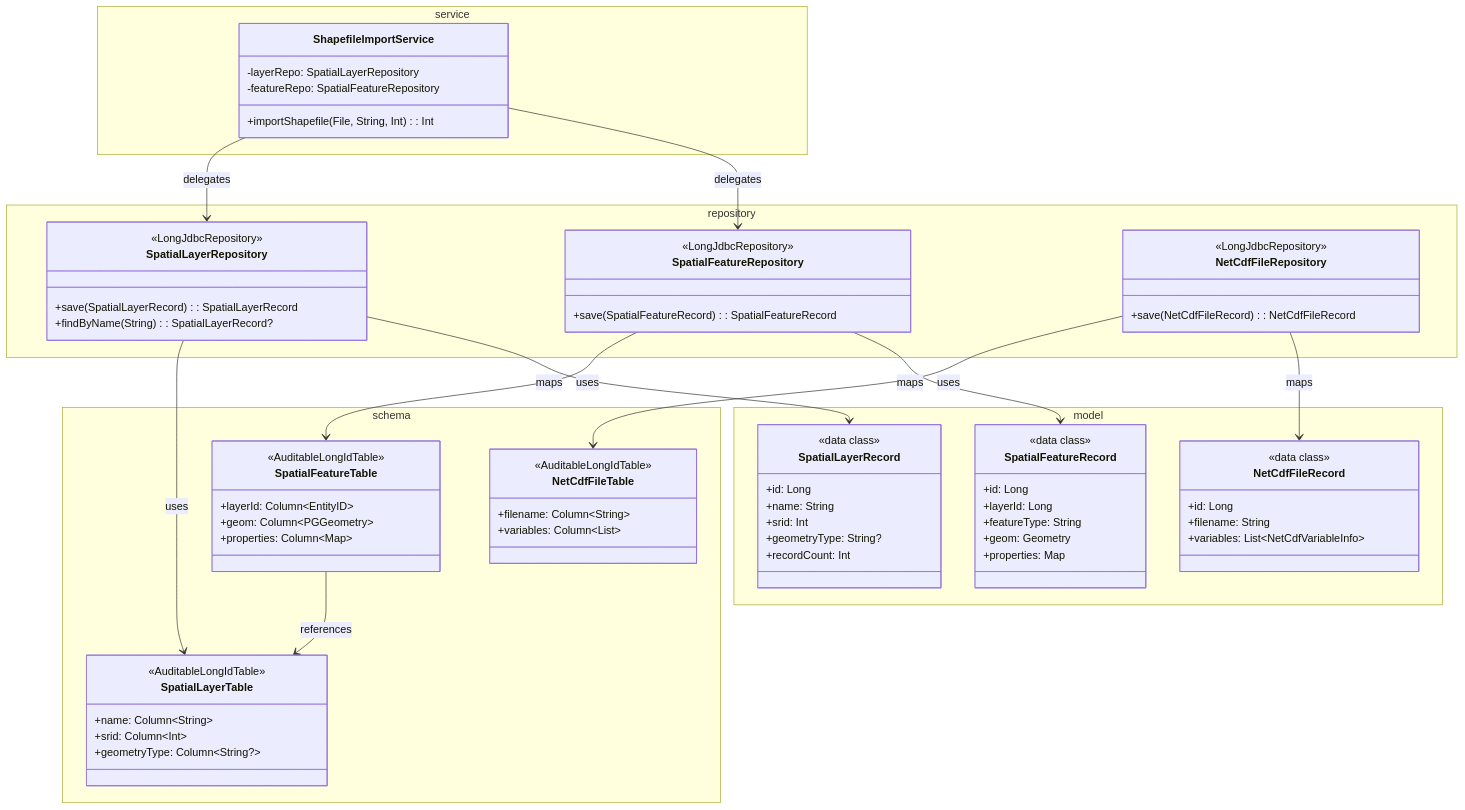
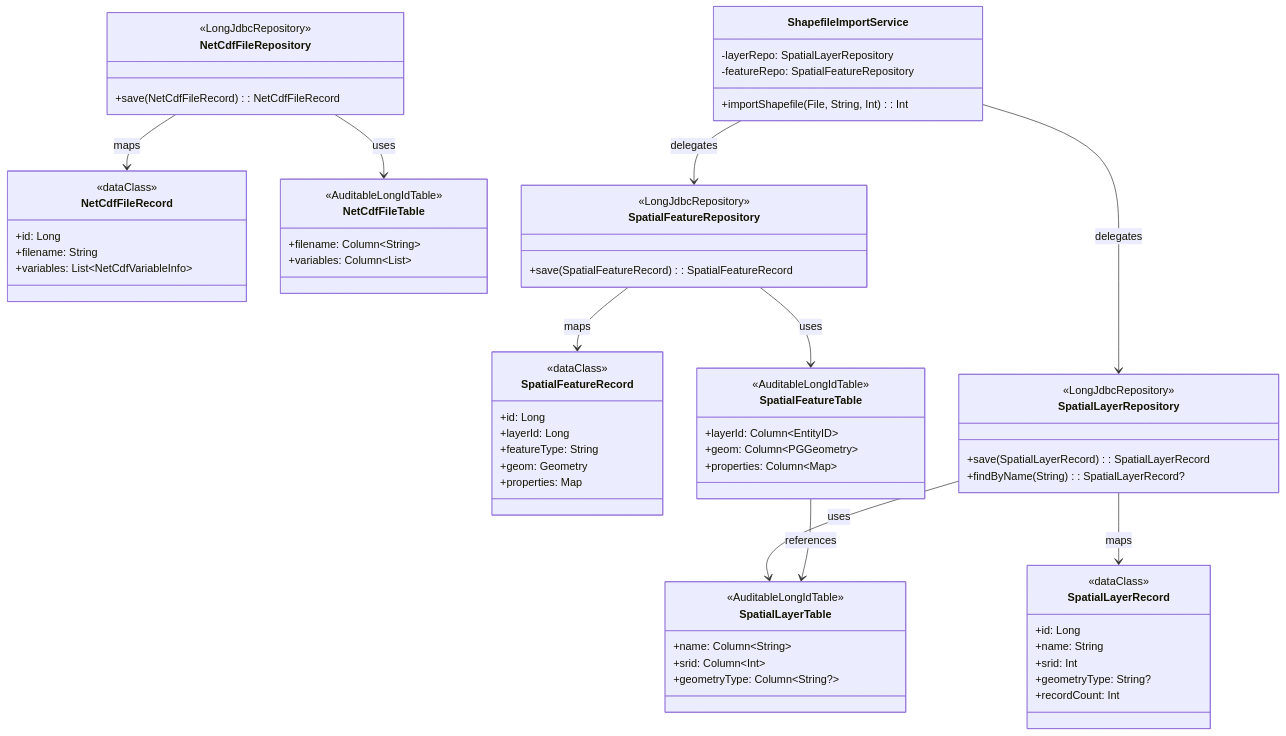
Before and after one commit to bluetape4k/bluetape4k-projects: the first of 4 diagrams in utils/science/README.md, drawn with Mermaid. The commit also changed other lines of this file and 95 other files, not shown here.

First line of the commit message:
docs: Mermaid 파서 오류 전체 수정 (IntelliJ IDEA 호환)

````diff
--- a/utils/science/README.md
+++ b/utils/science/README.md
@@ -83,73 +83,65 @@
 classDiagram
     direction TB
 
-    namespace model {
-        class SpatialLayerRecord {
-            <<data class>>
-            +id: Long
-            +name: String
-            +srid: Int
-            +geometryType: String?
-            +recordCount: Int
-        }
-        class SpatialFeatureRecord {
-            <<data class>>
-            +id: Long
-            +layerId: Long
-            +featureType: String
-            +geom: Geometry
-            +properties: Map
-        }
-        class NetCdfFileRecord {
-            <<data class>>
-            +id: Long
-            +filename: String
-            +variables: List~NetCdfVariableInfo~
-        }
+    class SpatialLayerRecord {
+        <<dataClass>>
+        +id: Long
+        +name: String
+        +srid: Int
+        +geometryType: String?
+        +recordCount: Int
+    }
+    class SpatialFeatureRecord {
+        <<dataClass>>
+        +id: Long
+        +layerId: Long
+        +featureType: String
+        +geom: Geometry
+        +properties: Map
+    }
+    class NetCdfFileRecord {
+        <<dataClass>>
+        +id: Long
+        +filename: String
+        +variables: List~NetCdfVariableInfo~
     }
 
-    namespace schema {
-        class SpatialLayerTable {
-            <<AuditableLongIdTable>>
-            +name: Column~String~
-            +srid: Column~Int~
-            +geometryType: Column~String?~
-        }
-        class SpatialFeatureTable {
-            <<AuditableLongIdTable>>
-            +layerId: Column~EntityID~
-            +geom: Column~PGGeometry~
-            +properties: Column~Map~
-        }
-        class NetCdfFileTable {
-            <<AuditableLongIdTable>>
-            +filename: Column~String~
-            +variables: Column~List~
-        }
+    class SpatialLayerTable {
+        <<AuditableLongIdTable>>
+        +name: Column~String~
+        +srid: Column~Int~
+        +geometryType: Column~String?~
+    }
+    class SpatialFeatureTable {
+        <<AuditableLongIdTable>>
+        +layerId: Column~EntityID~
+        +geom: Column~PGGeometry~
+        +properties: Column~Map~
+    }
+    class NetCdfFileTable {
+        <<AuditableLongIdTable>>
+        +filename: Column~String~
+        +variables: Column~List~
     }
 
-    namespace repository {
-        class SpatialLayerRepository {
-            <<LongJdbcRepository>>
-            +save(SpatialLayerRecord): SpatialLayerRecord
-            +findByName(String): SpatialLayerRecord?
-        }
-        class SpatialFeatureRepository {
-            <<LongJdbcRepository>>
-            +save(SpatialFeatureRecord): SpatialFeatureRecord
-        }
-        class NetCdfFileRepository {
-            <<LongJdbcRepository>>
-            +save(NetCdfFileRecord): NetCdfFileRecord
-        }
+    class SpatialLayerRepository {
+        <<LongJdbcRepository>>
+        +save(SpatialLayerRecord): SpatialLayerRecord
+        +findByName(String): SpatialLayerRecord?
+    }
+    class SpatialFeatureRepository {
+        <<LongJdbcRepository>>
+        +save(SpatialFeatureRecord): SpatialFeatureRecord
+    }
+    class NetCdfFileRepository {
+        <<LongJdbcRepository>>
+        +save(NetCdfFileRecord): NetCdfFileRecord
     }
 
-    namespace service {
-        class ShapefileImportService {
-            -layerRepo: SpatialLayerRepository
-            -featureRepo: SpatialFeatureRepository
-            +importShapefile(File, String, Int): Int
-        }
+    class ShapefileImportService {
+        -layerRepo: SpatialLayerRepository
+        -featureRepo: SpatialFeatureRepository
+        +importShapefile(File, String, Int): Int
     }
 
     SpatialLayerRepository --> SpatialLayerTable : uses
@@ -162,19 +154,5 @@
     ShapefileImportService --> SpatialFeatureRepository : delegates
     SpatialFeatureTable --> SpatialLayerTable : references
 
-    classDef modelStyle  fill:#FF9800
-    classDef schemaStyle fill:#9C27B0
-    classDef repoStyle   fill:#2196F3
-    classDef serviceStyle fill:#4CAF50
 
-    class SpatialLayerRecord:::modelStyle
-    class SpatialFeatureRecord:::modelStyle
-    class NetCdfFileRecord:::modelStyle
-    class SpatialLayerTable:::schemaStyle
-    class SpatialFeatureTable:::schemaStyle
-    class NetCdfFileTable:::schemaStyle
-    class SpatialLayerRepository:::repoStyle
-    class SpatialFeatureRepository:::repoStyle
-    class NetCdfFileRepository:::repoStyle
-    class ShapefileImportService:::serviceStyle
 ```
````
